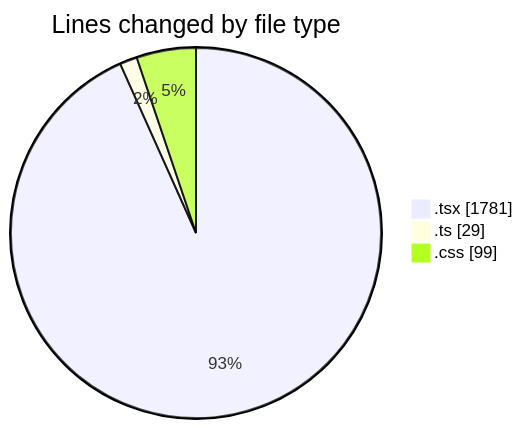
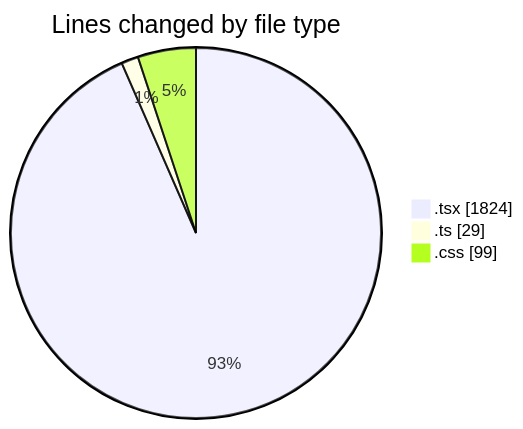
Before and after one commit to nxtqubesakshisongat/code-tracking: the first of 2 diagrams in 2026-07-26/nxtqube_webapp/README.md, drawn with Mermaid. The commit also changed other lines of this file and 1 other file, not shown here.

````diff
--- a/2026-07-26/nxtqube_webapp/README.md
+++ b/2026-07-26/nxtqube_webapp/README.md
@@ -33,7 +34,7 @@
 ```mermaid
 pie showData
 title Lines changed by file type
-".tsx" : 1781
+".tsx" : 1824
 ".ts" : 29
 ".css" : 99
 ```
````
